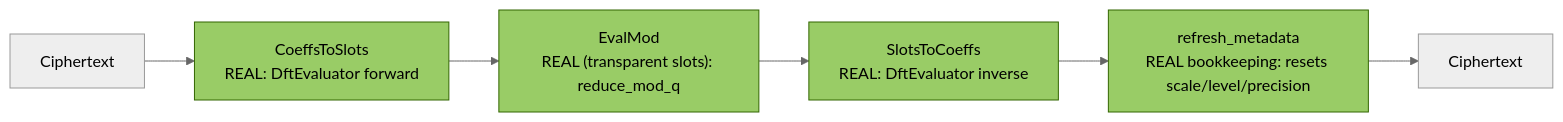
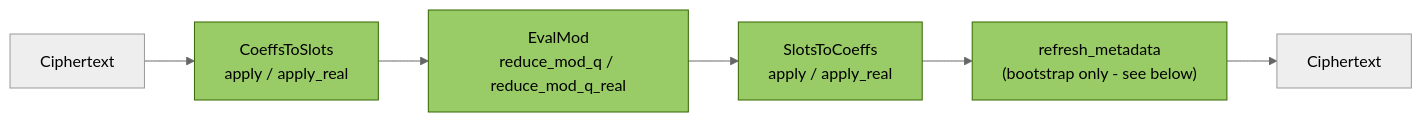
The first of 2 diagrams in docs/technical-manual.md (ultravioletrs/phantom-fhe), drawn with Mermaid (neutral theme) before and after one commit. The commit also changed other lines of this file and 7 other files, not shown here.

````diff
--- a/docs/technical-manual.md
+++ b/docs/technical-manual.md
@@ -139,13 +139,13 @@
 ```mermaid
 flowchart LR
-    IN["Ciphertext"] --> C2S["CoeffsToSlots<br/>REAL: DftEvaluator forward"]
-    C2S --> EM["EvalMod<br/>REAL (transparent slots): reduce_mod_q"]
-    EM --> S2C["SlotsToCoeffs<br/>REAL: DftEvaluator inverse"]
-    S2C --> RM["refresh_metadata<br/>REAL bookkeeping: resets scale/level/precision"]
+    IN["Ciphertext"] --> C2S["CoeffsToSlots<br/>apply / apply_real"]
+    C2S --> EM["EvalMod<br/>reduce_mod_q / reduce_mod_q_real"]
+    EM --> S2C["SlotsToCoeffs<br/>apply / apply_real"]
+    S2C --> RM["refresh_metadata<br/>(bootstrap only - see below)"]
     RM --> OUT["Ciphertext"]
 
     style EM fill:#9c6,stroke:#360,stroke-width:1px
     style RM fill:#9c6,stroke:#360,stroke-width:1px
     style C2S fill:#9c6,stroke:#360,stroke-width:1px
     style S2C fill:#9c6,stroke:#360,stroke-width:1px
 ```
````
